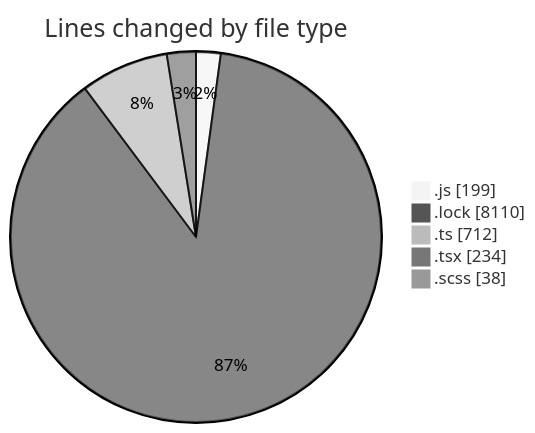
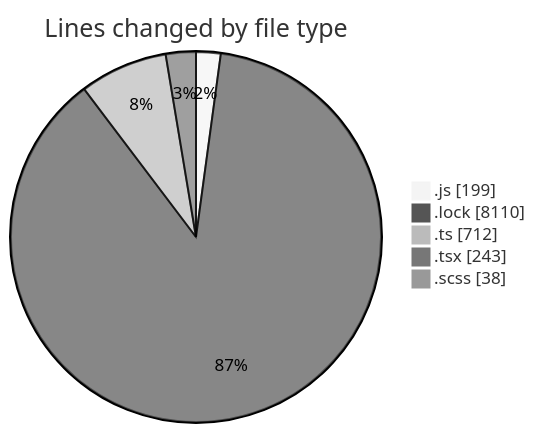
Before and after one commit to momahboobian/code-tracking: the first of 2 diagrams in 2025-02-07/cda/README.md, drawn with Mermaid (neutral theme). The commit also changed other lines of this file and 1 other file, not shown here.

````diff
--- a/2025-02-07/cda/README.md
+++ b/2025-02-07/cda/README.md
@@ -40,9 +40,9 @@
 ```mermaid
 pie showData
 title Lines changed by file type
 ".js" : 199
 ".lock" : 8110
 ".ts" : 712
-".tsx" : 234
+".tsx" : 243
 ".scss" : 38
 ```
````
